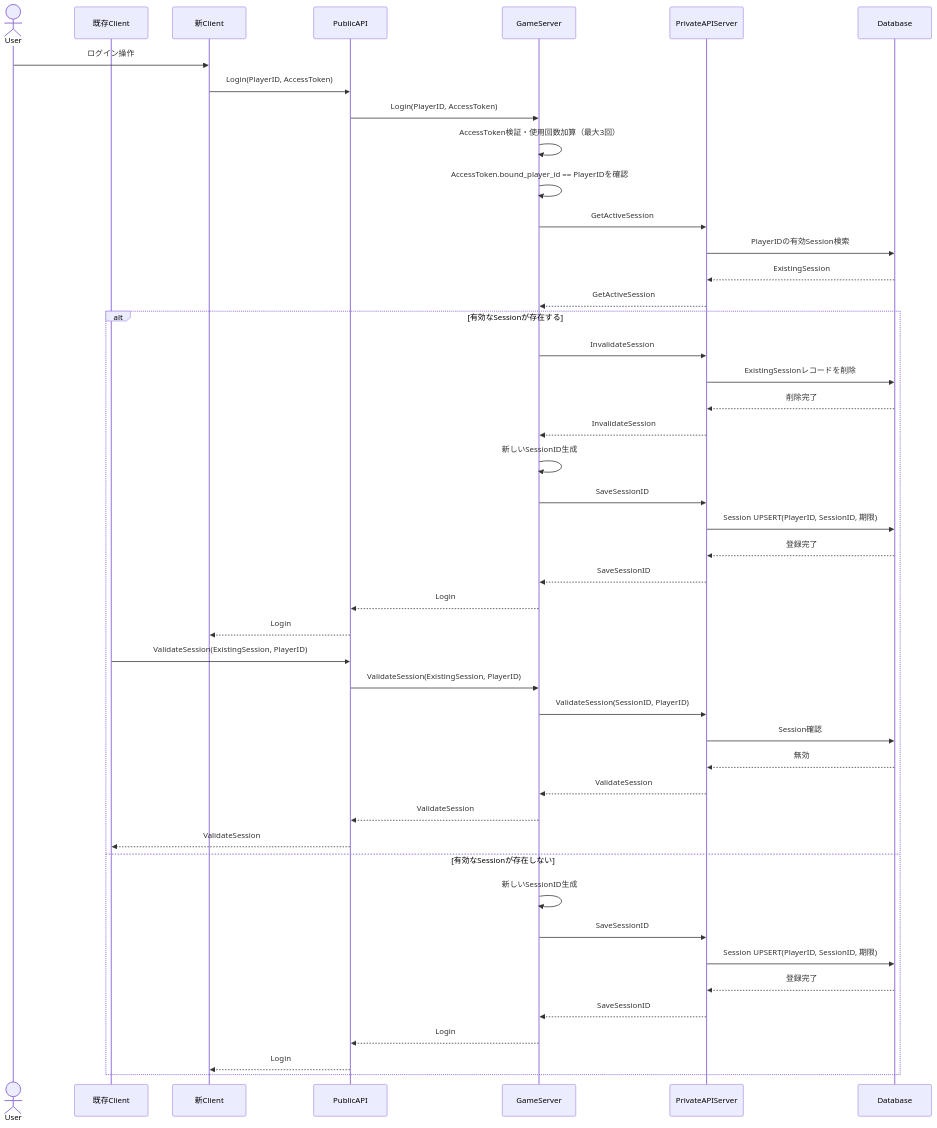
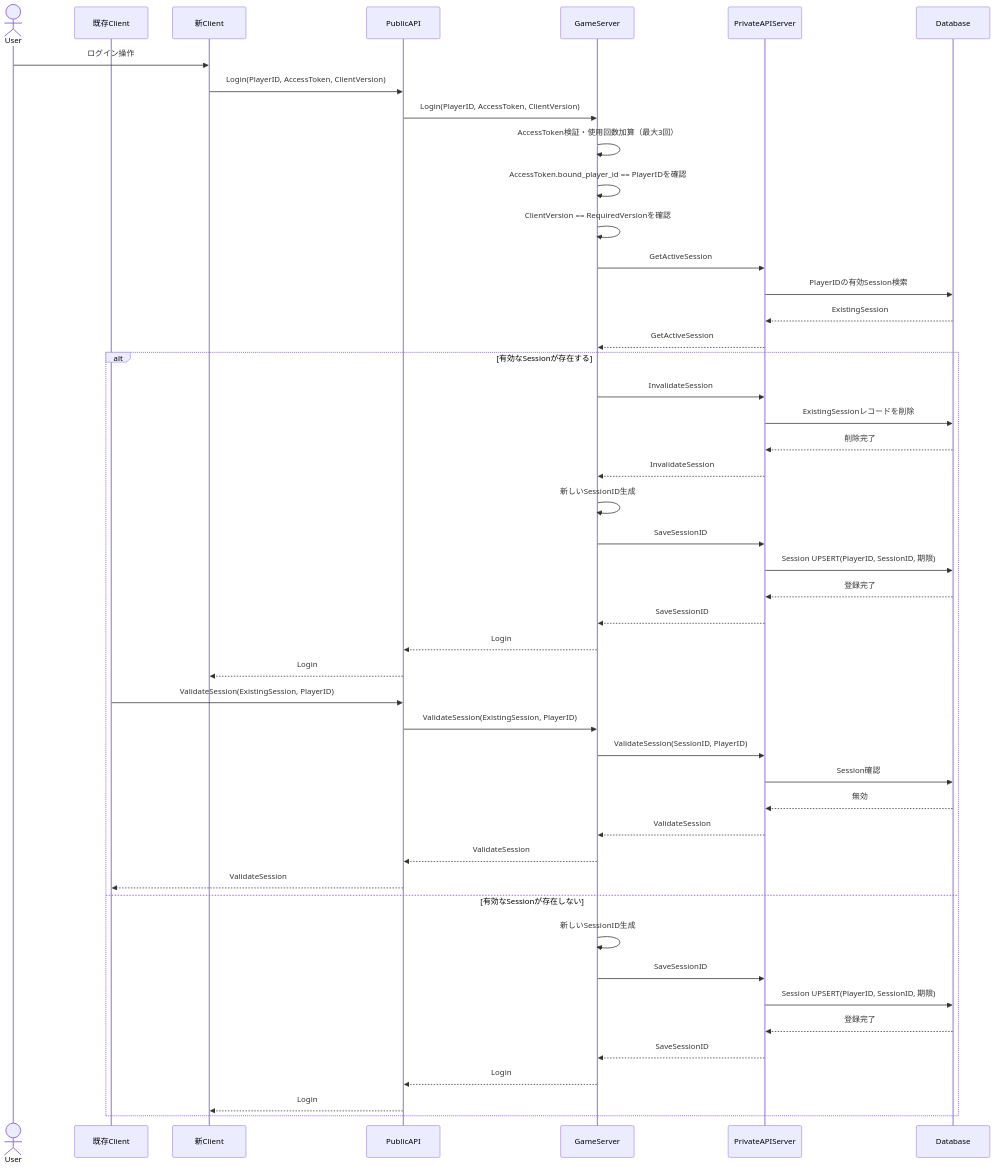
One commit to ReHydrangeaOdyssey/Specifications changed the second of 2 diagrams in design/session.md. Above: the diagram before and after it, drawn with Mermaid. The commit also changed other lines of this file and 23 other files, not shown here.

````diff
--- a/design/session.md
+++ b/design/session.md
@@ -103,55 +104,56 @@
 ```mermaid
 sequenceDiagram
     actor User
     participant ClientA as 既存Client
     participant ClientB as 新Client
     participant PublicAPI
     participant GameServer
     participant PrivateAPIServer
     participant Database
 
     User->>ClientB: ログイン操作
-    ClientB->>PublicAPI: Login(PlayerID, AccessToken)
-    PublicAPI->>GameServer: Login(PlayerID, AccessToken)
+    ClientB->>PublicAPI: Login(PlayerID, AccessToken, ClientVersion)
+    PublicAPI->>GameServer: Login(PlayerID, AccessToken, ClientVersion)
     GameServer->>GameServer: AccessToken検証・使用回数加算（最大3回）
     GameServer->>GameServer: AccessToken.bound_player_id == PlayerIDを確認
+    GameServer->>GameServer: ClientVersion == RequiredVersionを確認
 
     GameServer->>PrivateAPIServer: GetActiveSession
     PrivateAPIServer->>Database: PlayerIDの有効Session検索
     Database-->>PrivateAPIServer: ExistingSession
     PrivateAPIServer-->>GameServer: GetActiveSession
 
     alt 有効なSessionが存在する
         GameServer->>PrivateAPIServer: InvalidateSession
         PrivateAPIServer->>Database: ExistingSessionレコードを削除
         Database-->>PrivateAPIServer: 削除完了
         PrivateAPIServer-->>GameServer: InvalidateSession
 
         GameServer->>GameServer: 新しいSessionID生成
         GameServer->>PrivateAPIServer: SaveSessionID
         PrivateAPIServer->>Database: Session UPSERT(PlayerID, SessionID, 期限)
         Database-->>PrivateAPIServer: 登録完了
         PrivateAPIServer-->>GameServer: SaveSessionID
 
         GameServer-->>PublicAPI: Login
         PublicAPI-->>ClientB: Login
 
         ClientA->>PublicAPI: ValidateSession(ExistingSession, PlayerID)
         PublicAPI->>GameServer: ValidateSession(ExistingSession, PlayerID)
         GameServer->>PrivateAPIServer: ValidateSession(SessionID, PlayerID)
         PrivateAPIServer->>Database: Session確認
         Database-->>PrivateAPIServer: 無効
         PrivateAPIServer-->>GameServer: ValidateSession
         GameServer-->>PublicAPI: ValidateSession
         PublicAPI-->>ClientA: ValidateSession
     else 有効なSessionが存在しない
         GameServer->>GameServer: 新しいSessionID生成
         GameServer->>PrivateAPIServer: SaveSessionID
         PrivateAPIServer->>Database: Session UPSERT(PlayerID, SessionID, 期限)
         Database-->>PrivateAPIServer: 登録完了
         PrivateAPIServer-->>GameServer: SaveSessionID
 
         GameServer-->>PublicAPI: Login
         PublicAPI-->>ClientB: Login
     end
 ```
````
